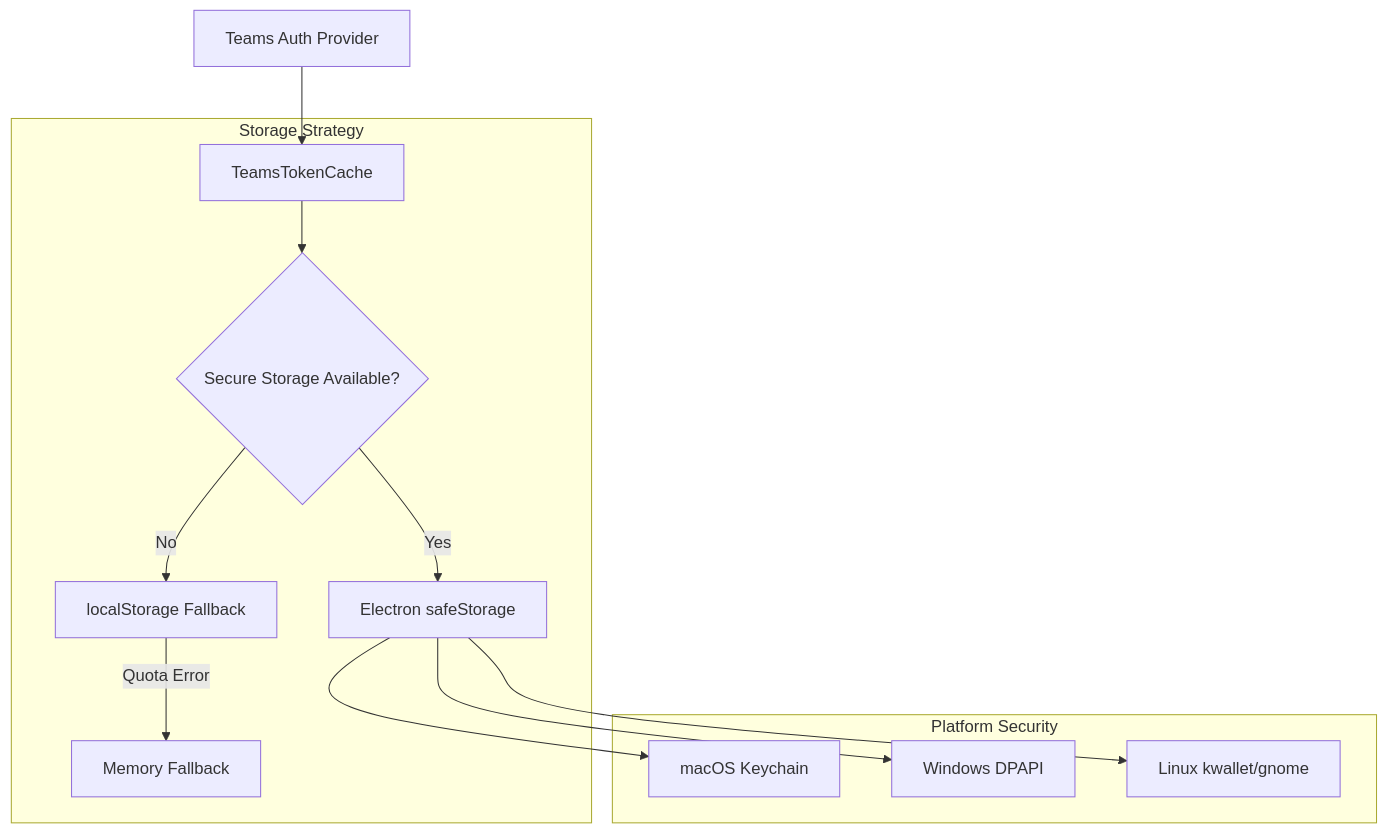
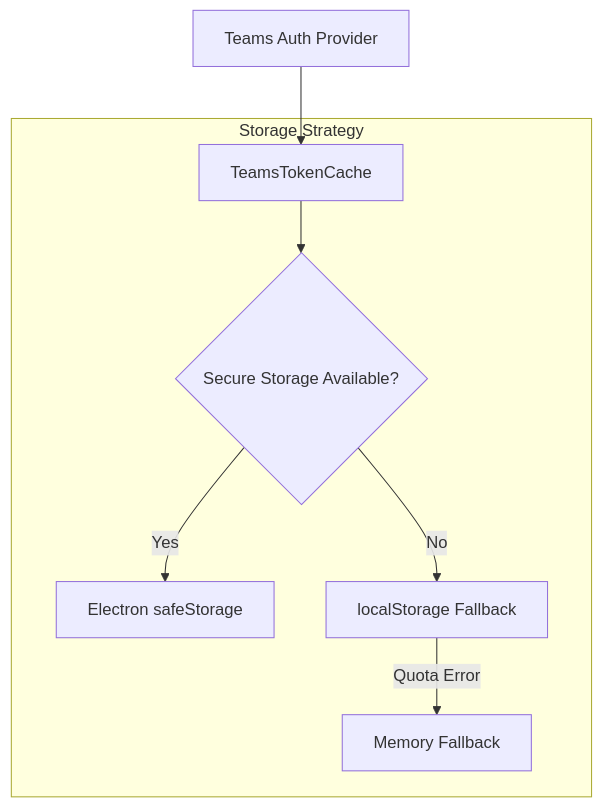
Before and after one commit to IsmaelMartinez/teams-for-linux: the diagram in docs-site/docs/adr/token-cache-secure-storage.md, drawn with Mermaid.

````diff
--- a/docs-site/docs/adr/token-cache-secure-storage.md
+++ b/docs-site/docs/adr/token-cache-secure-storage.md
@@ -92,17 +92,11 @@
 ```mermaid
 graph TB
     A[Teams Auth Provider] --> B[TeamsTokenCache]
     
     subgraph "Storage Strategy"
         B --> C{Secure Storage Available?}
         C -->|Yes| D[Electron safeStorage]
         C -->|No| E[localStorage Fallback]
         E -->|Quota Error| F[Memory Fallback]
     end
-    
-    subgraph "Platform Security"
-        D --> G[macOS Keychain]
-        D --> H[Windows DPAPI]  
-        D --> I[Linux kwallet/gnome]
-    end
 ```
````
